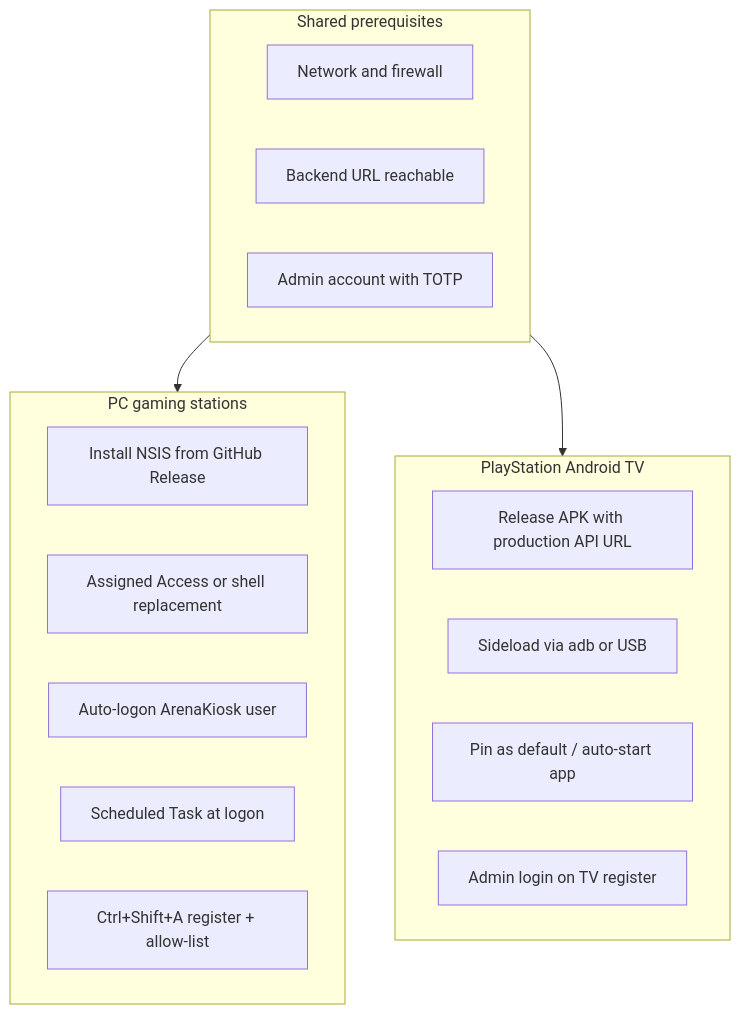
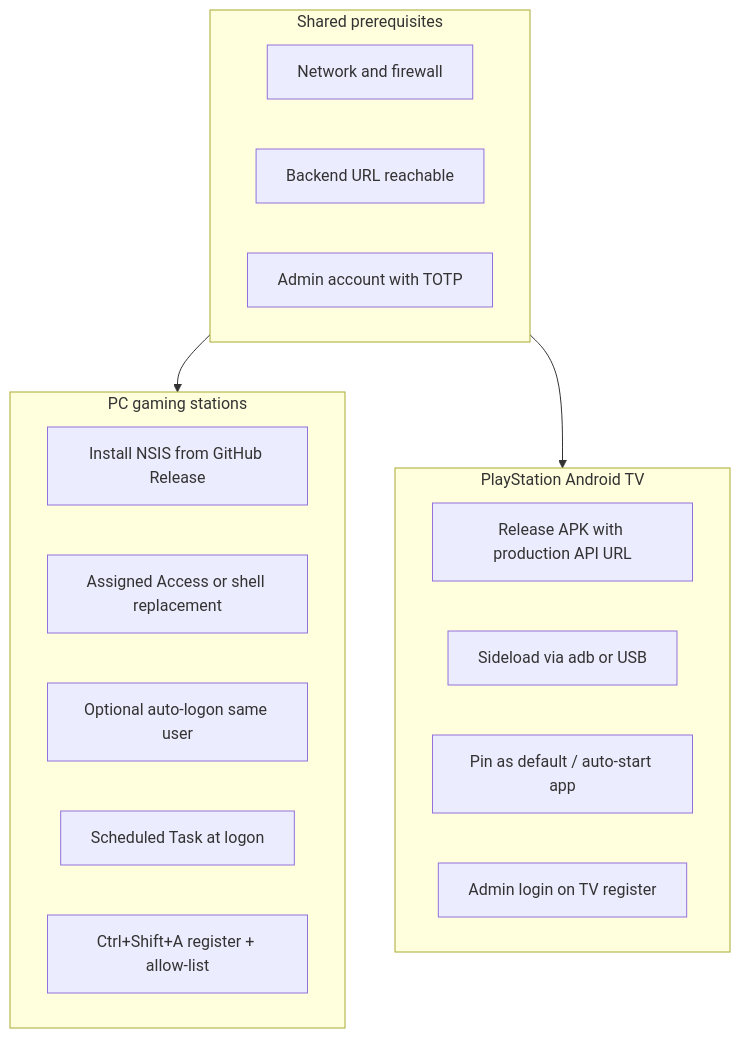
Before and after one commit to harishmahamure/arena360: the diagram in docs/STATION-DEPLOYMENT-GUIDE.md, drawn with Mermaid. The commit also changed other lines of this file and 14 other files, not shown here.

````diff
--- a/docs/STATION-DEPLOYMENT-GUIDE.md
+++ b/docs/STATION-DEPLOYMENT-GUIDE.md
@@ -20,23 +20,23 @@
 ```mermaid
 flowchart TB
   subgraph shared [Shared prerequisites]
     net[Network and firewall]
     backend[Backend URL reachable]
     admin[Admin account with TOTP]
   end
   subgraph pc [PC gaming stations]
     installKiosk[Install NSIS from GitHub Release]
     shell[Assigned Access or shell replacement]
-    autologon[Auto-logon ArenaKiosk user]
+    autologon[Optional auto-logon same user]
     autostart[Scheduled Task at logon]
     provisionPC[Ctrl+Shift+A register + allow-list]
   end
   subgraph tv [PlayStation Android TV]
     buildAPK[Release APK with production API URL]
     sideload[Sideload via adb or USB]
     tvHome[Pin as default / auto-start app]
     provisionTV[Admin login on TV register]
   end
   shared --> pc
   shared --> tv
 ```
````
